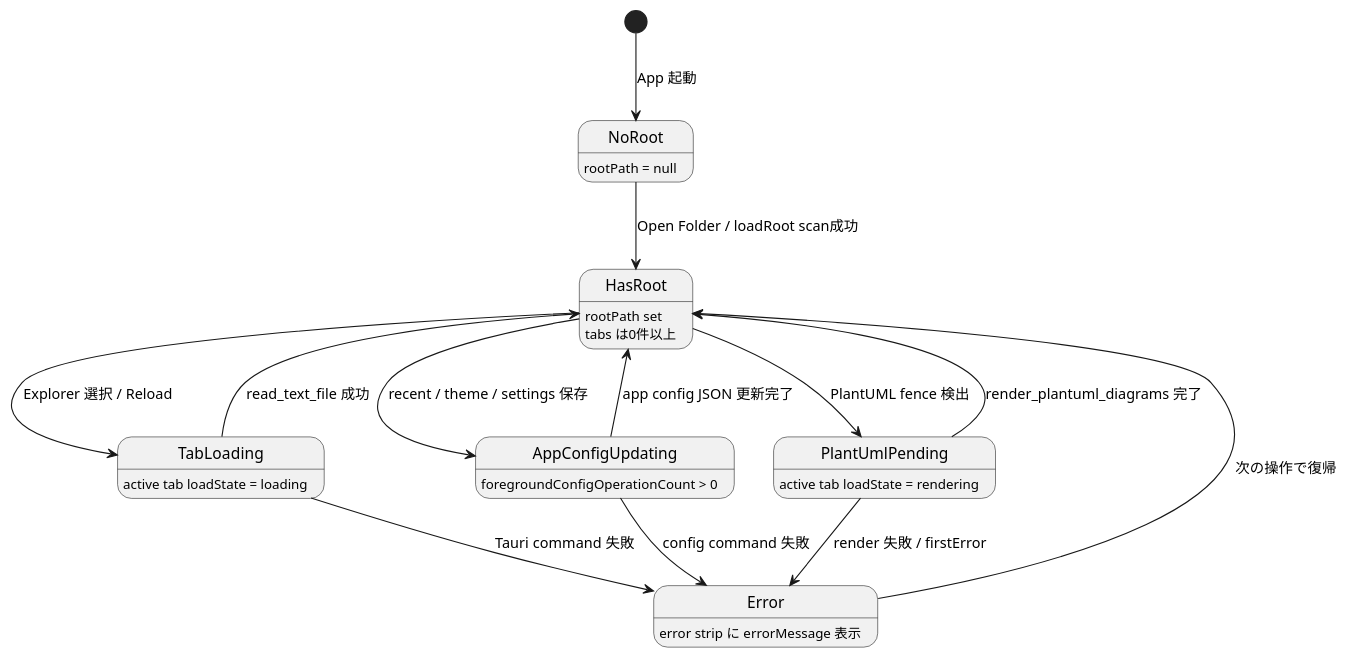
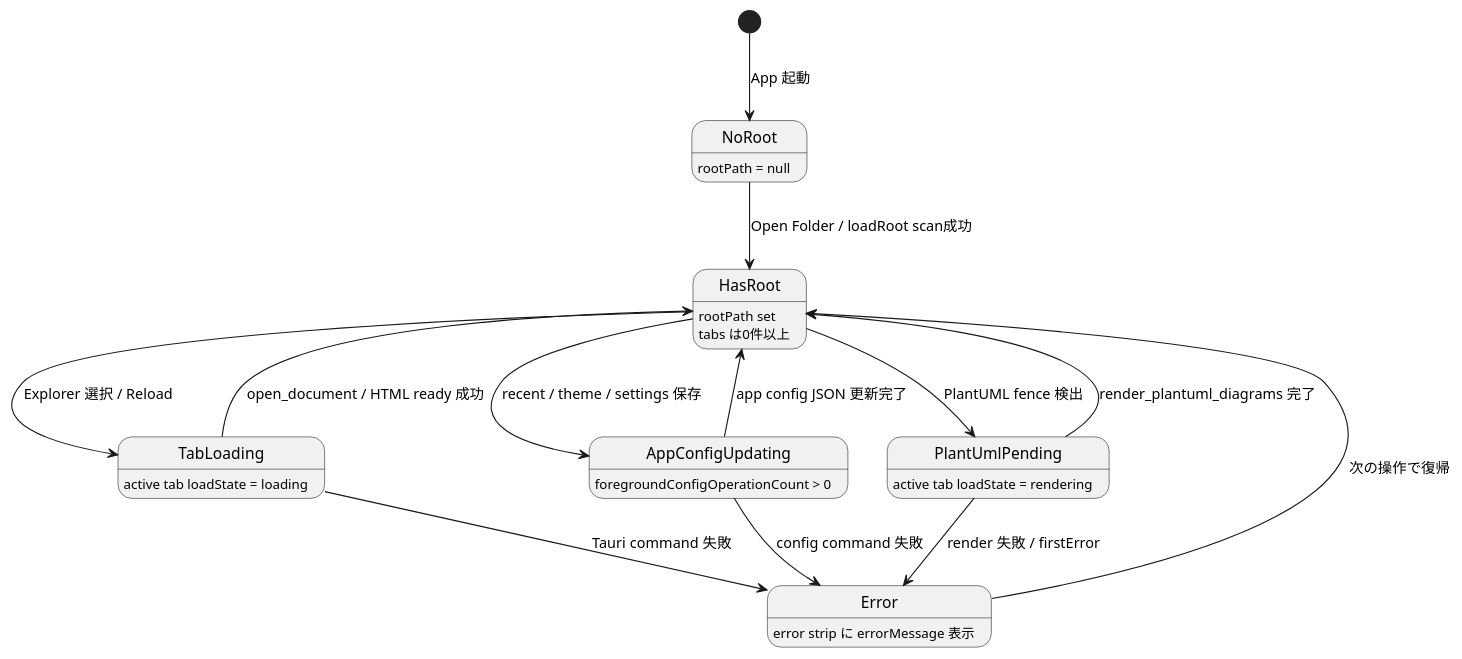
One commit to an-embedded-engineer/MarkdownViewer changed the third of 3 diagrams in docs/components/tauri_viewer/basic_design.md. Above: the diagram before and after it, drawn with PlantUML. The commit also changed other lines of this file and 34 other files, not shown here.

Commit message:
Phase 3 implement Tauri HTML document viewing

````diff
--- a/docs/components/tauri_viewer/basic_design.md
+++ b/docs/components/tauri_viewer/basic_design.md
@@ -177,26 +187,26 @@
 ```plantuml
 @startuml
 skinparam shadowing false
 
 [*] --> NoRoot : App 起動
 
 state NoRoot : rootPath = null
 state HasRoot : rootPath set\ntabs は0件以上
 state TabLoading : active tab loadState = loading
 state AppConfigUpdating : foregroundConfigOperationCount > 0
 state PlantUmlPending : active tab loadState = rendering
 state Error : error strip に errorMessage 表示
 
 NoRoot --> HasRoot : Open Folder / loadRoot scan成功
 HasRoot --> TabLoading : Explorer 選択 / Reload
-TabLoading --> HasRoot : read_text_file 成功
+TabLoading --> HasRoot : open_document / HTML ready 成功
 TabLoading --> Error : Tauri command 失敗
 HasRoot --> AppConfigUpdating : recent / theme / settings 保存
 AppConfigUpdating --> HasRoot : app config JSON 更新完了
 AppConfigUpdating --> Error : config command 失敗
 HasRoot --> PlantUmlPending : PlantUML fence 検出
 PlantUmlPending --> HasRoot : render_plantuml_diagrams 完了
 PlantUmlPending --> Error : render 失敗 / firstError
 Error --> HasRoot : 次の操作で復帰
 @enduml
 ```
````
